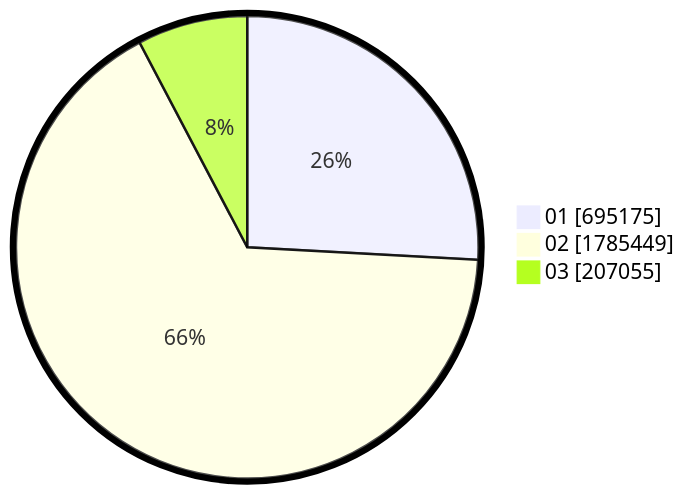
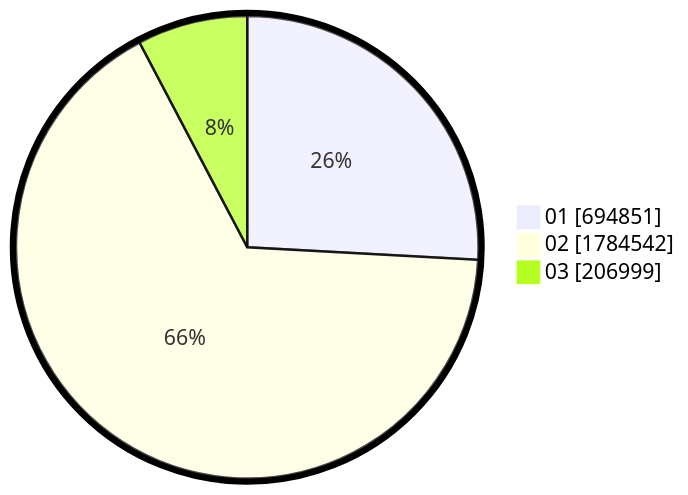
The second of 2 diagrams in pilpres/hitung-suara/sub/table-wilayah-52.md (gigit-pemilu/pemilu-2024), drawn with Mermaid before and after one commit. The commit also changed other lines of this file and 5 other files, not shown here.

````diff
--- a/pilpres/hitung-suara/sub/table-wilayah-52.md
+++ b/pilpres/hitung-suara/sub/table-wilayah-52.md
@@ -15,7 +15,7 @@
 ```mermaid
 %%{init: {"pie": {"textPosition": 0.5}, "themeVariables": {"pieOuterStrokeWidth": "5px"}} }%%
 pie showData
-    "01" : 695175
-    "02" : 1785449
-    "03" : 207055
+    "01" : 694851
+    "02" : 1784542
+    "03" : 206999
 ```
````
